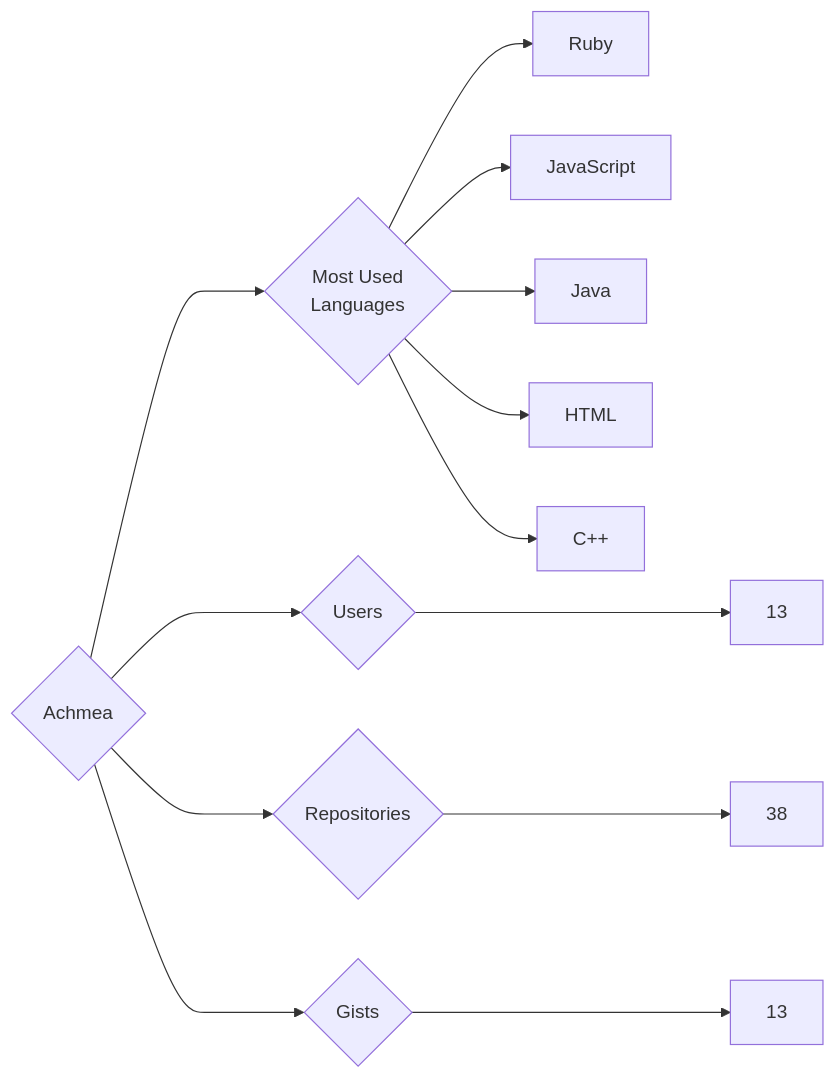
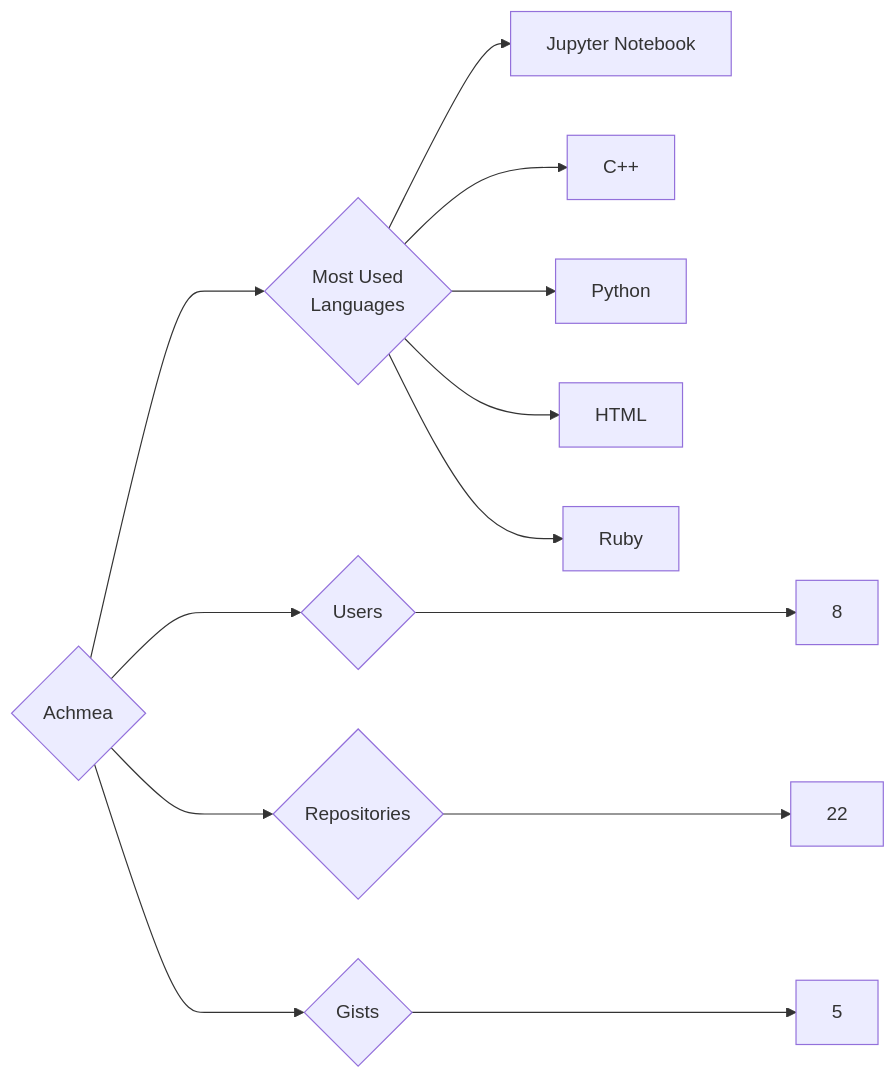
The diagram in targets/Achmea/README.md (trickest/insiders), drawn with Mermaid before and after one commit. The commit also changed 894 other files, not shown here.

````diff
--- a/targets/Achmea/README.md
+++ b/targets/Achmea/README.md
@@ -3,13 +3,13 @@
 ```mermaid
 graph LR
 COMPANY_NAME{Achmea}
-COMPANY_NAME ---> U{Users} ---> UN[13]
-COMPANY_NAME ---> R{Repositories} ---> RN[38]
-COMPANY_NAME ---> G{Gists} ---> GN[13]
+COMPANY_NAME ---> U{Users} ---> UN[8]
+COMPANY_NAME ---> R{Repositories} ---> RN[22]
+COMPANY_NAME ---> G{Gists} ---> GN[5]
 COMPANY_NAME ---> ML{Most Used<br>Languages}
+ML --> Jupyter_Notebook[Jupyter Notebook]
+ML --> C++[C++]
+ML --> Python[Python]
+ML --> HTML[HTML]
 ML --> Ruby[Ruby]
-ML --> JavaScript[JavaScript]
-ML --> Java[Java]
-ML --> HTML[HTML]
-ML --> C++[C++]
 ```
````
